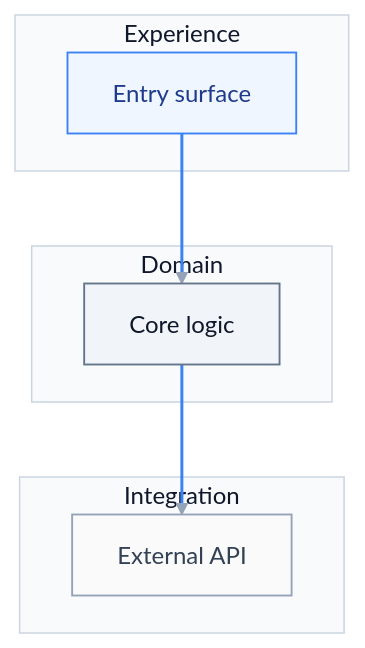
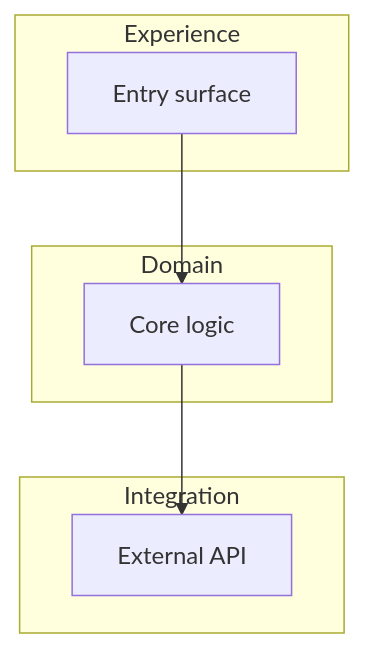
Before and after one commit to DanielaRosenn/uiplan-agent-of-agents: the first of 3 diagrams in docs/uiplan/kit/_diagram-patterns.md, drawn with Mermaid. The commit also changed other lines of this file and 6 other files, not shown here.

First line of the commit message:
fix(docs): renderer-safe Mermaid for MCP_TOOLS and UiPlan kit

````diff
--- a/docs/uiplan/kit/_diagram-patterns.md
+++ b/docs/uiplan/kit/_diagram-patterns.md
@@ -17,22 +17,14 @@
 ```mermaid
-%%{init: {'theme':'base','themeVariables':{'primaryColor':'#E2E8F0','primaryTextColor':'#0F172A','primaryBorderColor':'#94A3B8','lineColor':'#94A3B8','secondaryColor':'#F1F5F9','tertiaryColor':'#F8FAFC','background':'#FFFFFF','clusterBkg':'#F8FAFC','clusterBorder':'#CBD5E1','titleColor':'#0F172A','edgeLabelBackground':'#FFFFFF','fontFamily':'Inter, ui-sans-serif, system-ui'}}}%%
 flowchart TB
   subgraph Experience["Experience"]
     A[Entry surface]:::service
   end
   subgraph Domain["Domain"]
     B[Core logic]:::process
   end
   subgraph Integration["Integration"]
     C[External API]:::external
   end
   A --> B
   B --> C
-
-  classDef process  fill:#F1F5F9,stroke:#64748B,color:#0F172A,stroke-width:1.25px
-  classDef service  fill:#EFF6FF,stroke:#3B82F6,color:#1E3A8A,stroke-width:1.25px
-  classDef external fill:#FAFAFA,stroke:#94A3B8,color:#334155,stroke-width:1.25px
-
-  linkStyle default stroke:#94A3B8,stroke-width:1.5px
-  linkStyle 0,1 stroke:#3B82F6,stroke-width:2px
 ```
````
